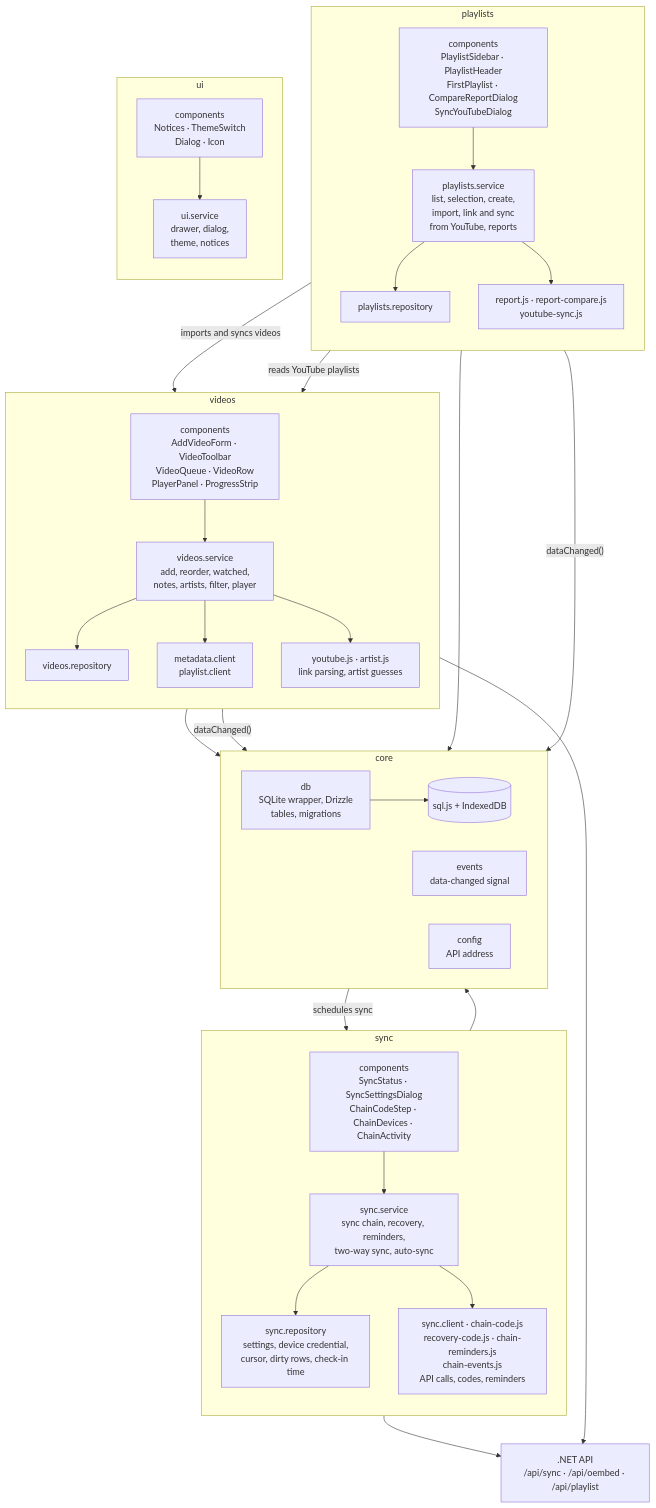
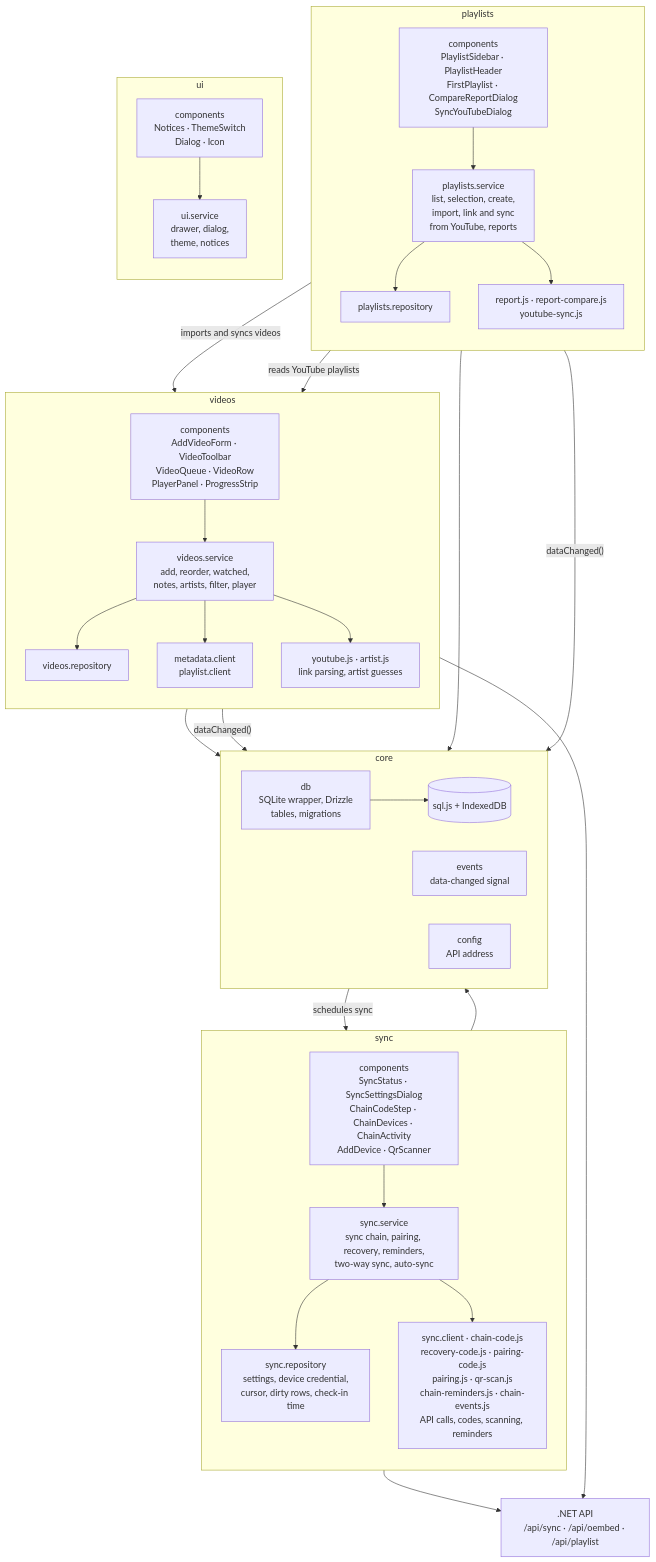
The first of 4 diagrams in docs/architecture.md (jestra52/yt-playlist-manager), drawn with Mermaid before and after one commit. The commit also changed other lines of this file and 56 other files, not shown here.

First line of the commit message:
Sync chain pairing: add a device with a short code approved on a connected device

````diff
--- a/docs/architecture.md
+++ b/docs/architecture.md
@@ -11,61 +11,61 @@
 ```mermaid
 flowchart TB
     subgraph playlists["playlists"]
         direction TB
         pComp["components<br/>PlaylistSidebar · PlaylistHeader<br/>FirstPlaylist · CompareReportDialog<br/>SyncYouTubeDialog"]
         pSvc["playlists.service<br/>list, selection, create,<br/>import, link and sync<br/>from YouTube, reports"]
         pRepo["playlists.repository"]
         pRules["report.js · report-compare.js<br/>youtube-sync.js"]
         pComp --> pSvc --> pRepo
         pSvc --> pRules
     end
 
     subgraph videos["videos"]
         direction TB
         vComp["components<br/>AddVideoForm · VideoToolbar<br/>VideoQueue · VideoRow<br/>PlayerPanel · ProgressStrip"]
         vSvc["videos.service<br/>add, reorder, watched,<br/>notes, artists, filter, player"]
         vRepo["videos.repository"]
         vClients["metadata.client<br/>playlist.client"]
         vRules["youtube.js · artist.js<br/>link parsing, artist guesses"]
         vComp --> vSvc
         vSvc --> vRepo
         vSvc --> vClients
         vSvc --> vRules
     end
 
     subgraph sync["sync"]
         direction TB
-        sComp["components<br/>SyncStatus · SyncSettingsDialog<br/>ChainCodeStep · ChainDevices · ChainActivity"]
-        sSvc["sync.service<br/>sync chain, recovery, reminders,<br/>two-way sync, auto-sync"]
+        sComp["components<br/>SyncStatus · SyncSettingsDialog<br/>ChainCodeStep · ChainDevices · ChainActivity<br/>AddDevice · QrScanner"]
+        sSvc["sync.service<br/>sync chain, pairing, recovery, reminders,<br/>two-way sync, auto-sync"]
         sRepo["sync.repository<br/>settings, device credential,<br/>cursor, dirty rows, check-in time"]
-        sClient["sync.client · chain-code.js<br/>recovery-code.js · chain-reminders.js<br/>chain-events.js<br/>API calls, codes, reminders"]
+        sClient["sync.client · chain-code.js<br/>recovery-code.js · pairing-code.js<br/>pairing.js · qr-scan.js<br/>chain-reminders.js · chain-events.js<br/>API calls, codes, scanning, reminders"]
         sComp --> sSvc
         sSvc --> sRepo
         sSvc --> sClient
     end
 
     subgraph ui["ui"]
         direction TB
         uComp["components<br/>Notices · ThemeSwitch<br/>Dialog · Icon"]
         uSvc["ui.service<br/>drawer, dialog,<br/>theme, notices"]
         uComp --> uSvc
     end
 
     subgraph core["core"]
         direction LR
         db["db<br/>SQLite wrapper, Drizzle<br/>tables, migrations"]
         storage[("sql.js + IndexedDB")]
         events["events<br/>data-changed signal"]
         config["config<br/>API address"]
         db --> storage
     end
 
     api[".NET API<br/>/api/sync · /api/oembed · /api/playlist"]
 
     pSvc -- "imports and syncs videos" --> vSvc
     pSvc -- "reads YouTube playlists" --> vClients
     pRepo & vRepo & sRepo --> db
     pSvc & vSvc -- "dataChanged()" --> events
     events -- "schedules sync" --> sSvc
     vClients & sClient --> api
 ```
````
